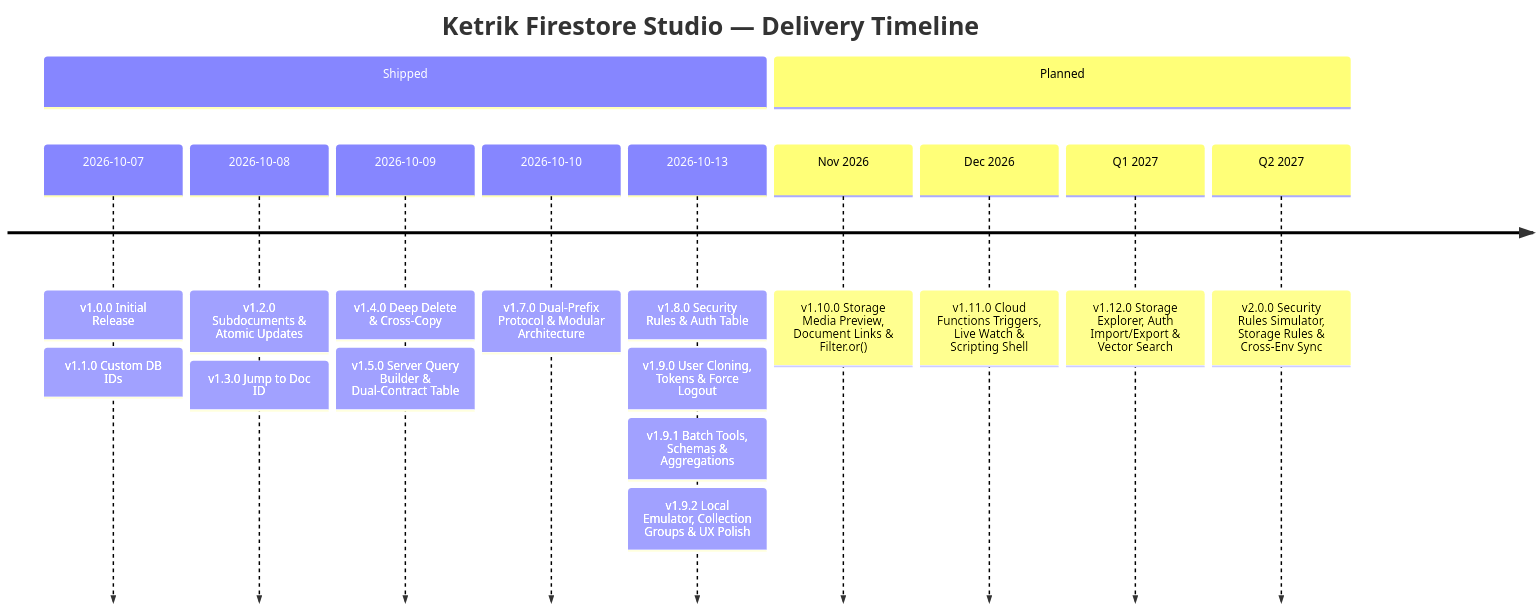
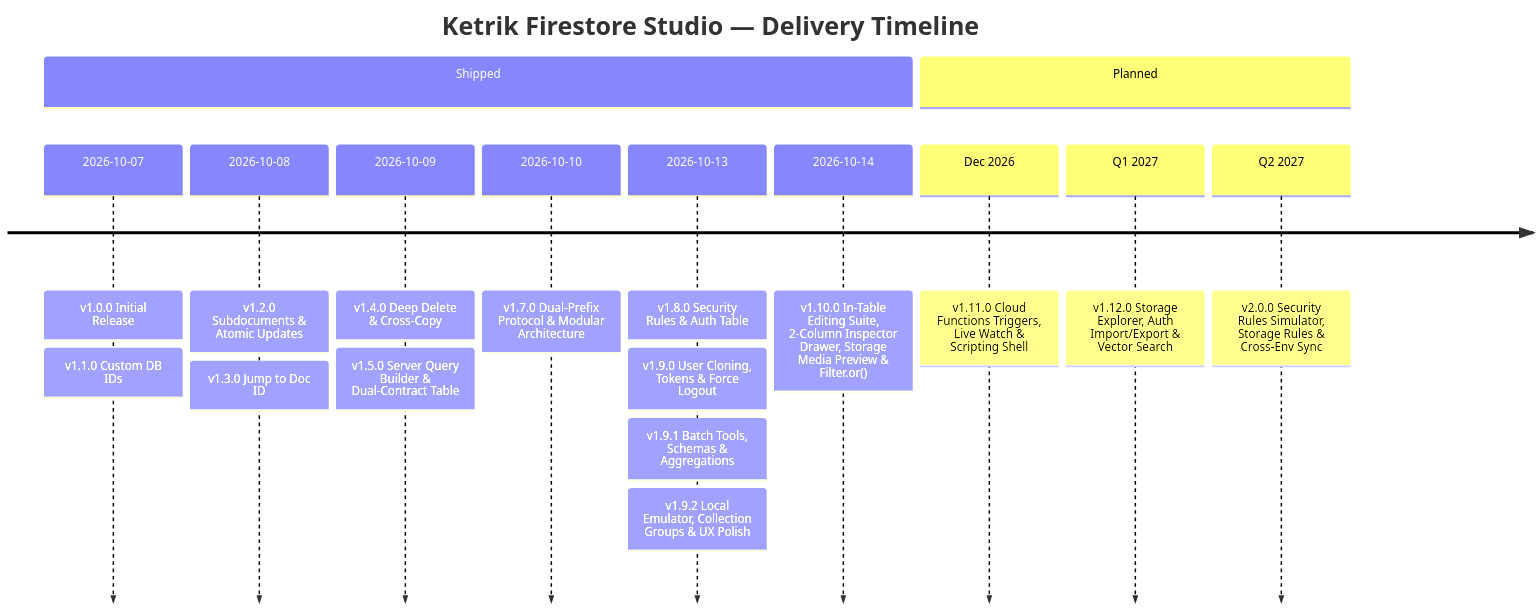
The diagram in ROADMAP.md (ketrik/ketrik-firestore-studio), drawn with Mermaid before and after one commit. The commit also changed other lines of this file and 19 other files, not shown here.

````diff
--- a/ROADMAP.md
+++ b/ROADMAP.md
@@ -5,15 +5,15 @@
 ```mermaid
 timeline
     title Ketrik Firestore Studio — Delivery Timeline
     section Shipped
         2026-10-07 : v1.0.0 Initial Release : v1.1.0 Custom DB IDs
         2026-10-08 : v1.2.0 Subdocuments & Atomic Updates : v1.3.0 Jump to Doc ID
         2026-10-09 : v1.4.0 Deep Delete & Cross-Copy : v1.5.0 Server Query Builder & Dual-Contract Table
         2026-10-10 : v1.7.0 Dual-Prefix Protocol & Modular Architecture
         2026-10-13 : v1.8.0 Security Rules & Auth Table : v1.9.0 User Cloning, Tokens & Force Logout : v1.9.1 Batch Tools, Schemas & Aggregations : v1.9.2 Local Emulator, Collection Groups & UX Polish
+        2026-10-14 : v1.10.0 In-Table Editing Suite, 2-Column Inspector Drawer, Storage Media Preview & Filter.or()
     section Planned
-        Nov 2026 : v1.10.0 Storage Media Preview, Document Links & Filter.or()
         Dec 2026 : v1.11.0 Cloud Functions Triggers, Live Watch & Scripting Shell
         Q1 2027 : v1.12.0 Storage Explorer, Auth Import/Export & Vector Search
         Q2 2027 : v2.0.0 Security Rules Simulator, Storage Rules & Cross-Env Sync
 ```
````
